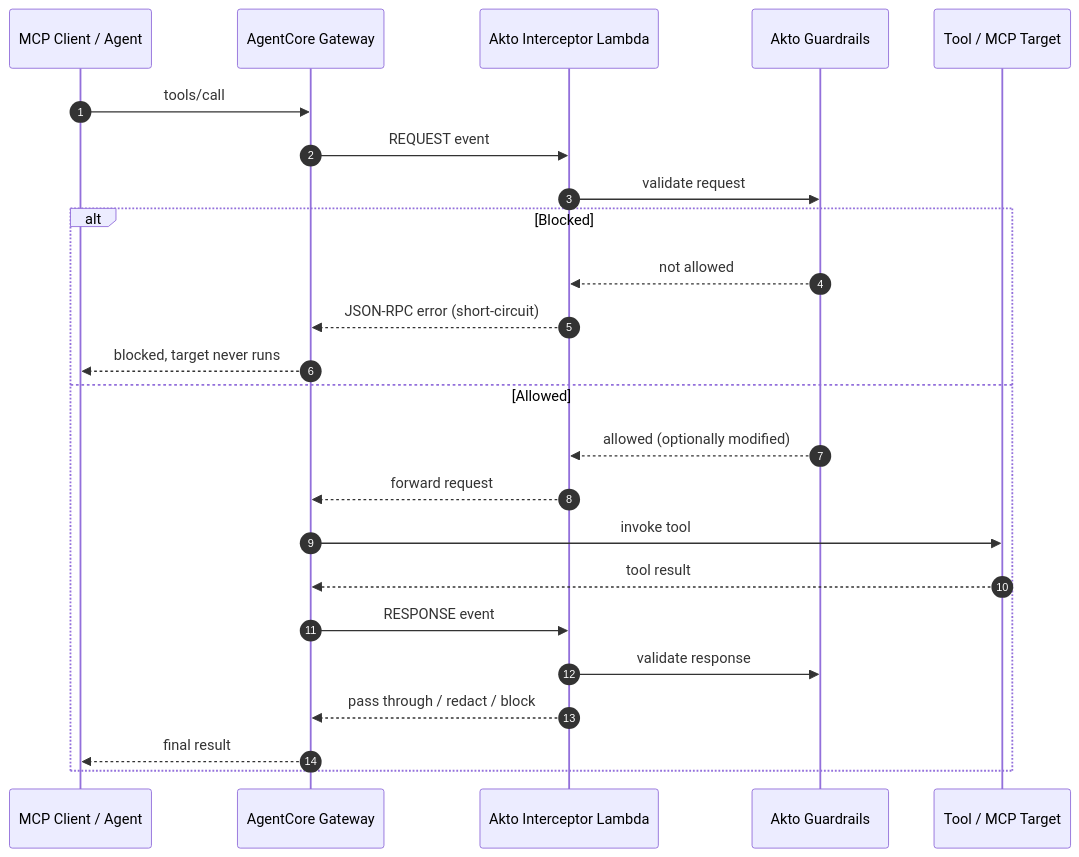
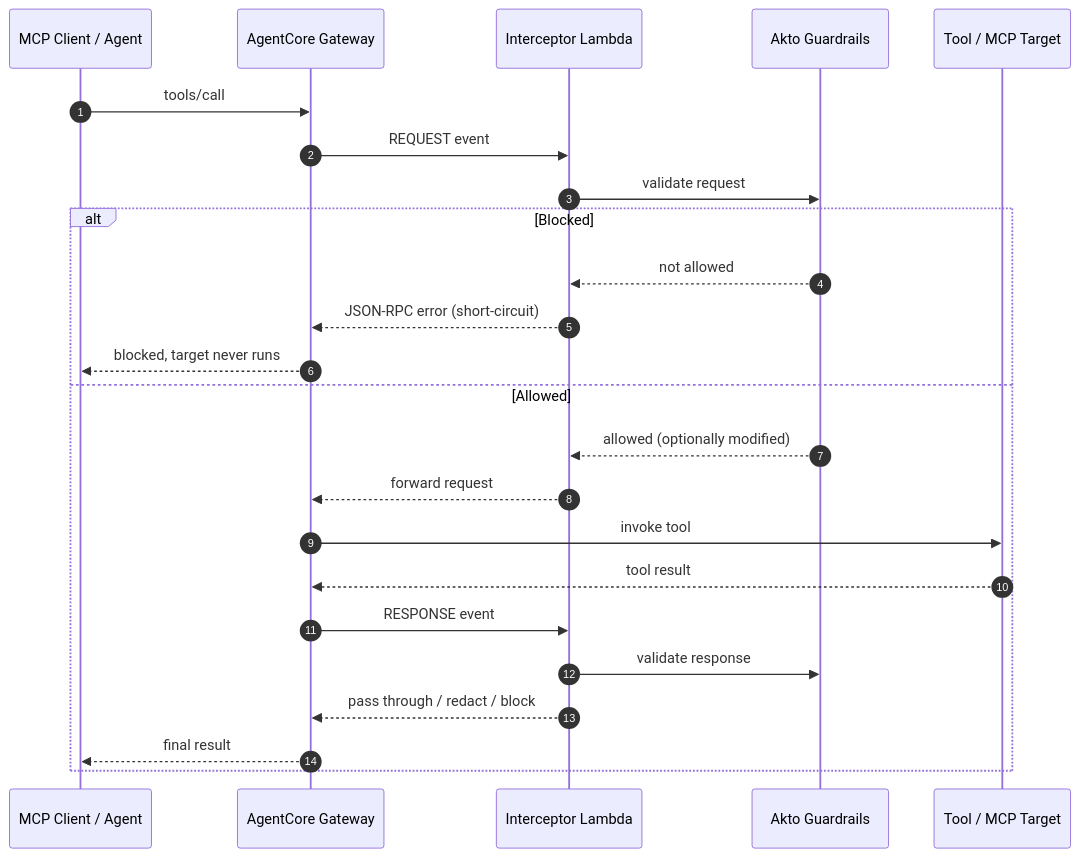
The diagram in akto-argus-agentic-ai-security-for-homegrown-ai/connectors/ai-agent-security/aws-bedrock-agentcore.md (akto-api-security/Documentation), drawn with Mermaid before and after one commit. The commit also changed other lines of this file, not shown here.

Commit message:
using lambda layer in agentcore bedrock

````diff
--- a/akto-argus-agentic-ai-security-for-homegrown-ai/connectors/ai-agent-security/aws-bedrock-agentcore.md
+++ b/akto-argus-agentic-ai-security-for-homegrown-ai/connectors/ai-agent-security/aws-bedrock-agentcore.md
@@ -15,27 +20,27 @@
 ```mermaid
 sequenceDiagram
     autonumber
     participant Client as MCP Client / Agent
     participant Gateway as AgentCore Gateway
-    participant Interceptor as Akto Interceptor Lambda
+    participant Interceptor as Interceptor Lambda
     participant Akto as Akto Guardrails
     participant Target as Tool / MCP Target
 
     Client->>Gateway: tools/call
     Gateway->>Interceptor: REQUEST event
     Interceptor->>Akto: validate request
     alt Blocked
         Akto-->>Interceptor: not allowed
         Interceptor-->>Gateway: JSON-RPC error (short-circuit)
         Gateway-->>Client: blocked, target never runs
     else Allowed
         Akto-->>Interceptor: allowed (optionally modified)
         Interceptor-->>Gateway: forward request
         Gateway->>Target: invoke tool
         Target-->>Gateway: tool result
         Gateway->>Interceptor: RESPONSE event
         Interceptor->>Akto: validate response
         Interceptor-->>Gateway: pass through / redact / block
         Gateway-->>Client: final result
     end
 ```
````
